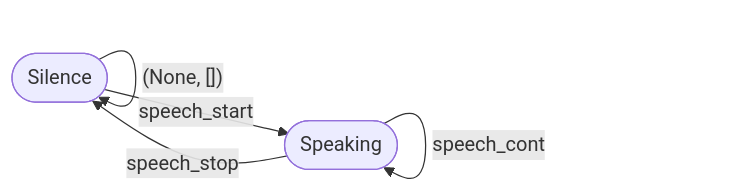
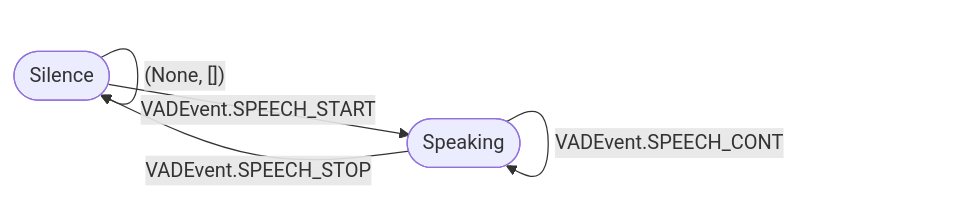
The second of 3 diagrams in susumu_asr_ros/README_modules.md (sato-susumu/susumu_asr_ros), drawn with Mermaid before and after one commit. The commit also changed other lines of this file and 10 other files, not shown here.

````diff
--- a/susumu_asr_ros/README_modules.md
+++ b/susumu_asr_ros/README_modules.md
@@ -124,10 +147,10 @@
 ```mermaid
 flowchart LR
     S([Silence])
     P([Speaking])
 
     S -->|"(None, [])"| S
-    S -->|"speech_start"| P
-    P -->|"speech_cont"| P
-    P -->|"speech_stop"| S
+    S -->|"VADEvent.SPEECH_START"| P
+    P -->|"VADEvent.SPEECH_CONT"| P
+    P -->|"VADEvent.SPEECH_STOP"| S
 ```
````
